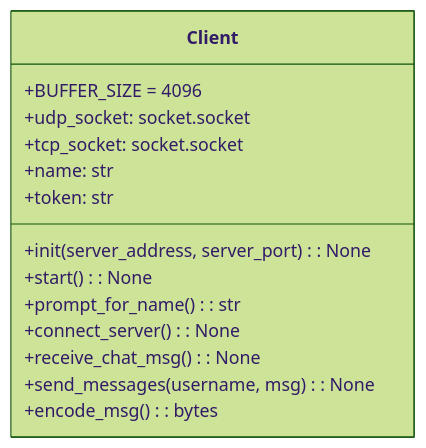
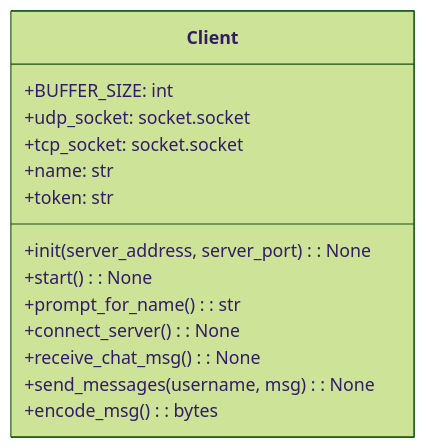
Before and after one commit to recursion-backend-team-d/online-chat-messenger: the second of 2 diagrams in README.md, drawn with Mermaid (forest theme). The commit also changed other lines of this file, not shown here.

Commit message:
クラス図を更新 #9

````diff
--- a/README.md
+++ b/README.md
@@ -103,18 +103,18 @@
 ```mermaid
 classDiagram
 class Client {
-  +BUFFER_SIZE = 4096
+  +BUFFER_SIZE: int
   +udp_socket: socket.socket
   +tcp_socket: socket.socket
   +name: str
   +token: str
 
   +init(server_address, server_port): None
   +start(): None
   +prompt_for_name(): str
   +connect_server(): None
   +receive_chat_msg(): None
   +send_messages(username, msg): None
   +encode_msg(): bytes
 }
 ```
````
